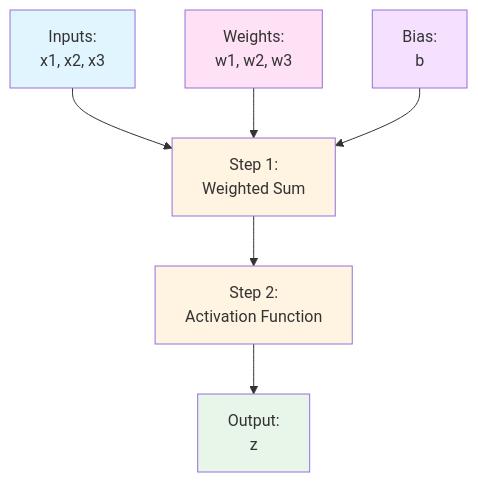
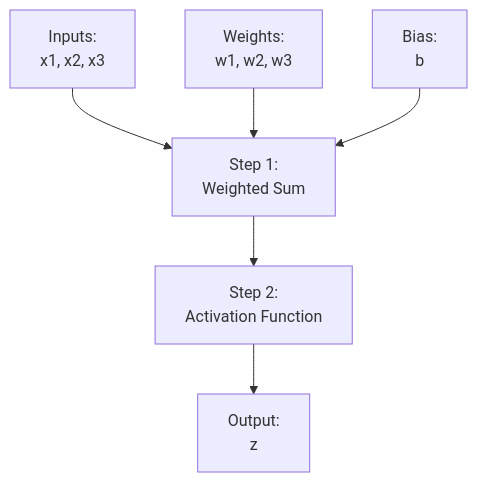
Before and after one commit to nishant-iith/Learning-AI-ML: the fourth of 5 diagrams in DL Revision/02-Perceptron-and-Neural-Networks.md, drawn with Mermaid. The commit also changed other lines of this file, not shown here.

First line of the commit message:
Remove color styling from mermaid diagrams in Chapter 2

````diff
--- a/DL Revision/02-Perceptron-and-Neural-Networks.md
+++ b/DL Revision/02-Perceptron-and-Neural-Networks.md
@@ -125,15 +110,8 @@
 ```mermaid
 graph TB
     A["Inputs:<br/>x1, x2, x3"] --> B["Step 1:<br/>Weighted Sum"]
     C["Weights:<br/>w1, w2, w3"] --> B
     D["Bias:<br/>b"] --> B
     B --> E["Step 2:<br/>Activation Function"]
     E --> F["Output:<br/>z"]
-
-    style A fill:#e1f5ff
-    style B fill:#fff4e1
-    style C fill:#ffe1f5
-    style D fill:#f5e1ff
-    style E fill:#fff4e1
-    style F fill:#e8f5e9
 ```
````
